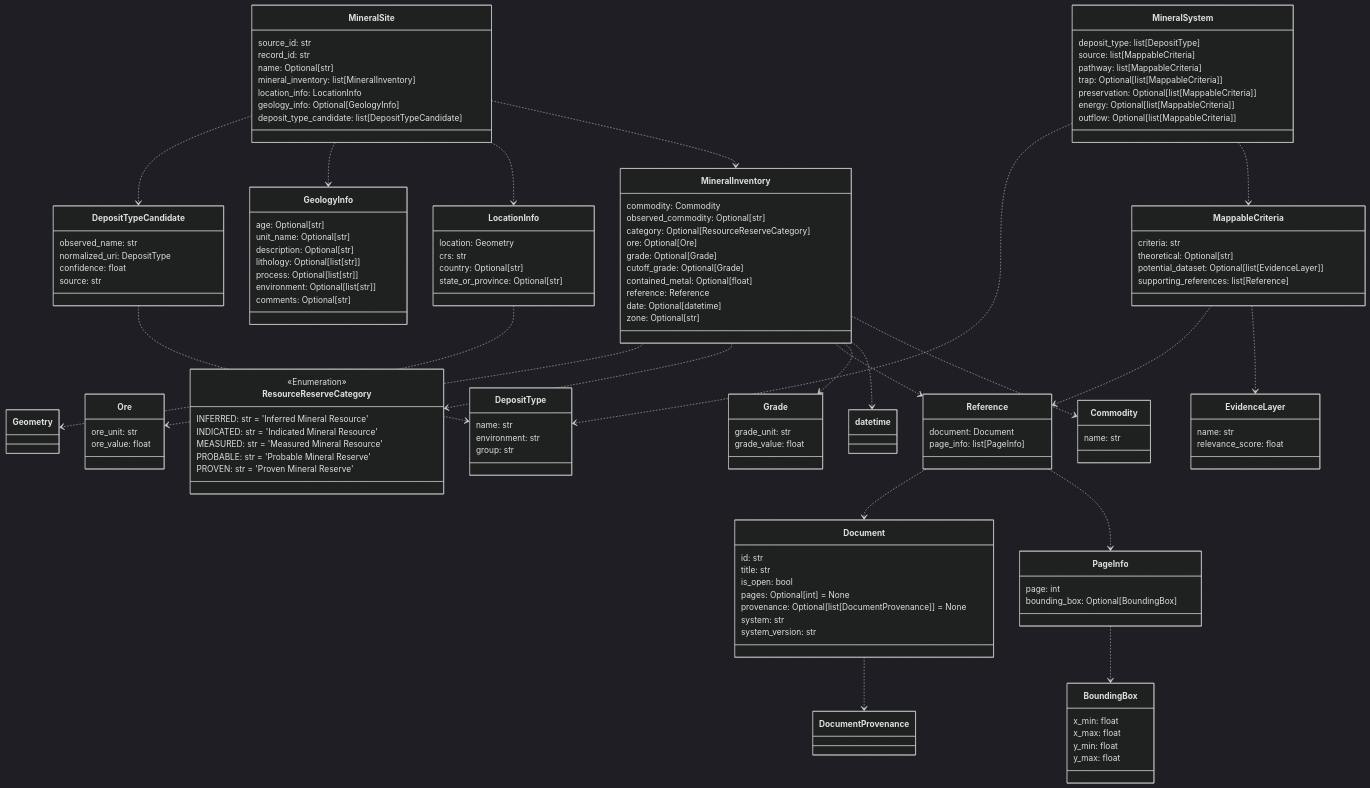
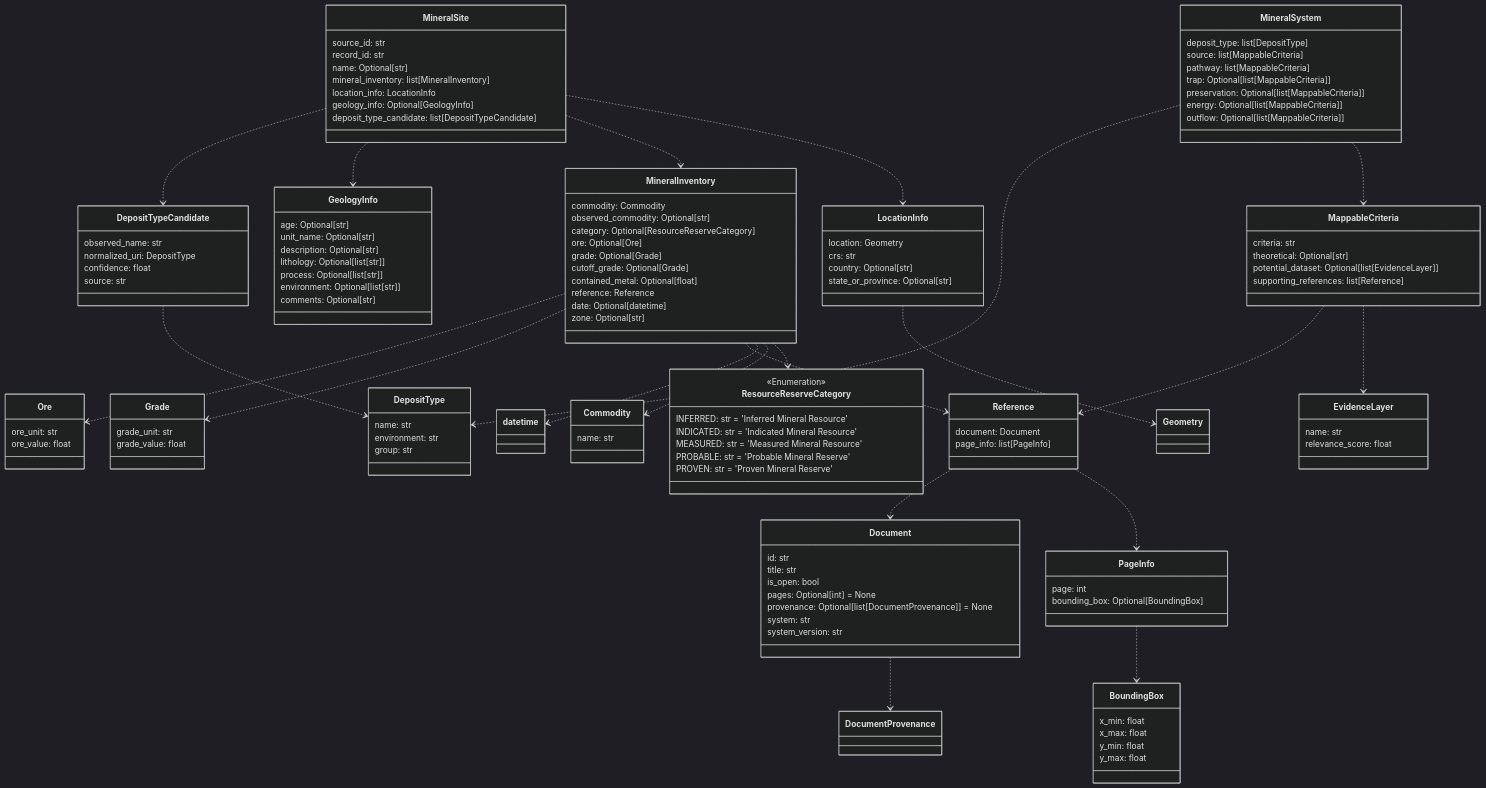
The ninth of 11 diagrams in README.md (DARPA-CRITICALMAAS/cdr_schemas), drawn with Mermaid (dark theme) before and after one commit. The commit also changed other lines of this file and 1 other file, not shown here.

````diff
--- a/README.md
+++ b/README.md
@@ -608,14 +608,16 @@
 ```mermaid
 classDiagram
 
-    class GeologyInfo {
-        age: Optional[str]
-        unit_name: Optional[str]
-        description: Optional[str]
-        lithology: Optional[list[str]]
-        process: Optional[list[str]]
-        environment: Optional[list[str]]
-        comments: Optional[str]
+    class DepositTypeCandidate {
+        observed_name: str
+        normalized_uri: DepositType
+        confidence: float
+        source: str
+    }
+
+    class PageInfo {
+        page: int
+        bounding_box: Optional[BoundingBox]
     }
 
     class MineralInventory {
@@ -631,11 +633,23 @@
         zone: Optional[str]
     }
 
-    class DepositTypeCandidate {
-        observed_name: str
-        normalized_uri: DepositType
-        confidence: float
-        source: str
+    class MineralSite {
+        source_id: str
+        record_id: str
+        name: Optional[str]
+        mineral_inventory: list[MineralInventory]
+        location_info: LocationInfo
+        geology_info: Optional[GeologyInfo]
+        deposit_type_candidate: list[DepositTypeCandidate]
+    }
+
+    class ResourceReserveCategory {
+        <<Enumeration>>
+        INFERRED: str = 'Inferred Mineral Resource'
+        INDICATED: str = 'Indicated Mineral Resource'
+        MEASURED: str = 'Measured Mineral Resource'
+        PROBABLE: str = 'Probable Mineral Reserve'
+        PROVEN: str = 'Proven Mineral Reserve'
     }
 
     class Document {
@@ -648,65 +662,11 @@
         system_version: str
     }
 
-    class Ore {
-        ore_unit: str
-        ore_value: float
-    }
-
-    class ResourceReserveCategory {
-        <<Enumeration>>
-        INFERRED: str = 'Inferred Mineral Resource'
-        INDICATED: str = 'Indicated Mineral Resource'
-        MEASURED: str = 'Measured Mineral Resource'
-        PROBABLE: str = 'Probable Mineral Reserve'
-        PROVEN: str = 'Proven Mineral Reserve'
-    }
-
-    class BoundingBox {
-        x_min: float
-        x_max: float
-        y_min: float
-        y_max: float
-    }
-
-    class PageInfo {
-        page: int
-        bounding_box: Optional[BoundingBox]
-    }
-
-    class MappableCriteria {
-        criteria: str
-        theoretical: Optional[str]
-        potential_dataset: Optional[list[EvidenceLayer]]
-        supporting_references: list[Reference]
-    }
-
-    class Reference {
-        document: Document
-        page_info: list[PageInfo]
-    }
-
     class LocationInfo {
         location: Geometry
         crs: str
         country: Optional[str]
         state_or_province: Optional[str]
-    }
-
-    class MineralSite {
-        source_id: str
-        record_id: str
-        name: Optional[str]
-        mineral_inventory: list[MineralInventory]
-        location_info: LocationInfo
-        geology_info: Optional[GeologyInfo]
-        deposit_type_candidate: list[DepositTypeCandidate]
-    }
-
-    class DepositType {
-        name: str
-        environment: str
-        group: str
     }
 
     class MineralSystem {
@@ -719,8 +679,37 @@
         outflow: Optional[list[MappableCriteria]]
     }
 
-    class Commodity {
+    class GeologyInfo {
+        age: Optional[str]
+        unit_name: Optional[str]
+        description: Optional[str]
+        lithology: Optional[list[str]]
+        process: Optional[list[str]]
+        environment: Optional[list[str]]
+        comments: Optional[str]
+    }
+
+    class Ore {
+        ore_unit: str
+        ore_value: float
+    }
+
+    class DepositType {
         name: str
+        environment: str
+        group: str
+    }
+
+    class BoundingBox {
+        x_min: float
+        x_max: float
+        y_min: float
+        y_max: float
+    }
+
+    class Reference {
+        document: Document
+        page_info: list[PageInfo]
     }
 
     class EvidenceLayer {
@@ -733,6 +722,17 @@
         grade_value: float
     }
 
+    class MappableCriteria {
+        criteria: str
+        theoretical: Optional[str]
+        potential_dataset: Optional[list[EvidenceLayer]]
+        supporting_references: list[Reference]
+    }
+
+    class Commodity {
+        name: str
+    }
+
     Document ..> DocumentProvenance
     DepositTypeCandidate ..> DepositType
     PageInfo ..> BoundingBox
@@ -743,16 +743,16 @@
     MineralSystem ..> DepositType
     MineralSystem ..> MappableCriteria
     MineralInventory ..> Ore
-    MineralInventory ..> ResourceReserveCategory
+    MineralInventory ..> Grade
     MineralInventory ..> Reference
-    MineralInventory ..> Grade
     MineralInventory ..> datetime
     MineralInventory ..> Commodity
+    MineralInventory ..> ResourceReserveCategory
     LocationInfo ..> Geometry
     MineralSite ..> DepositTypeCandidate
     MineralSite ..> GeologyInfo
+    MineralSite ..> MineralInventory
     MineralSite ..> LocationInfo
-    MineralSite ..> MineralInventory
 
 
 ```
````
